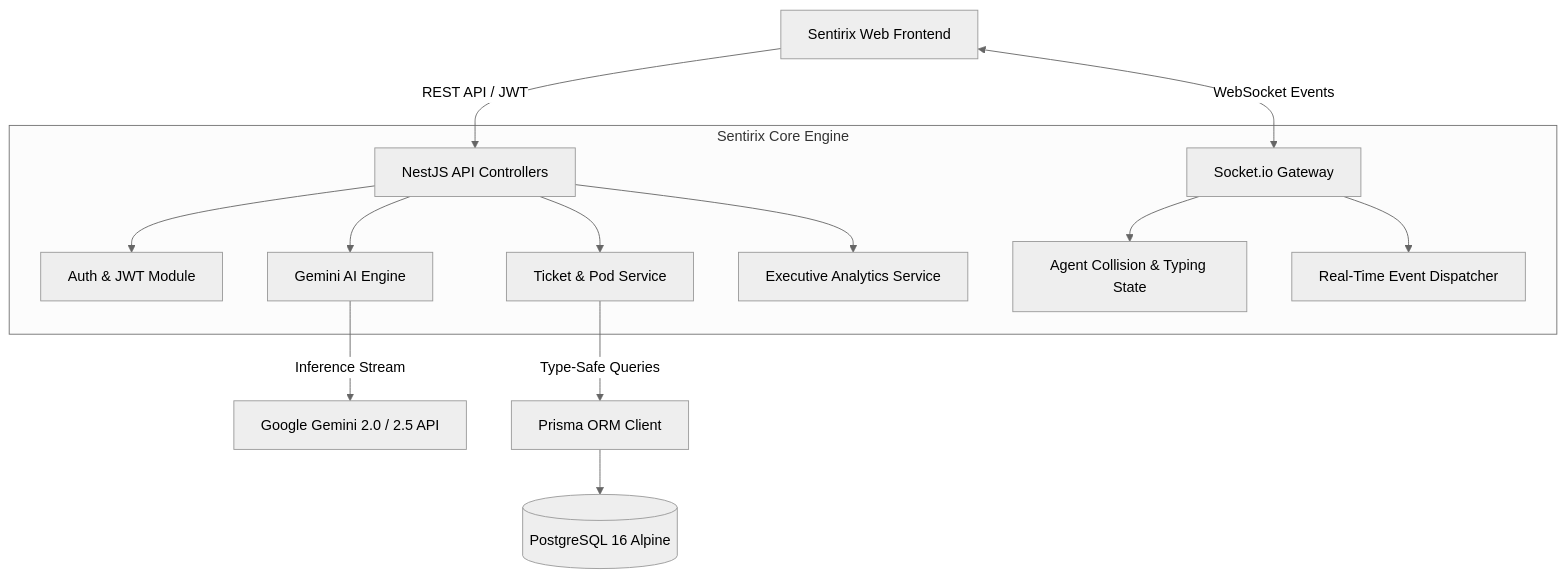
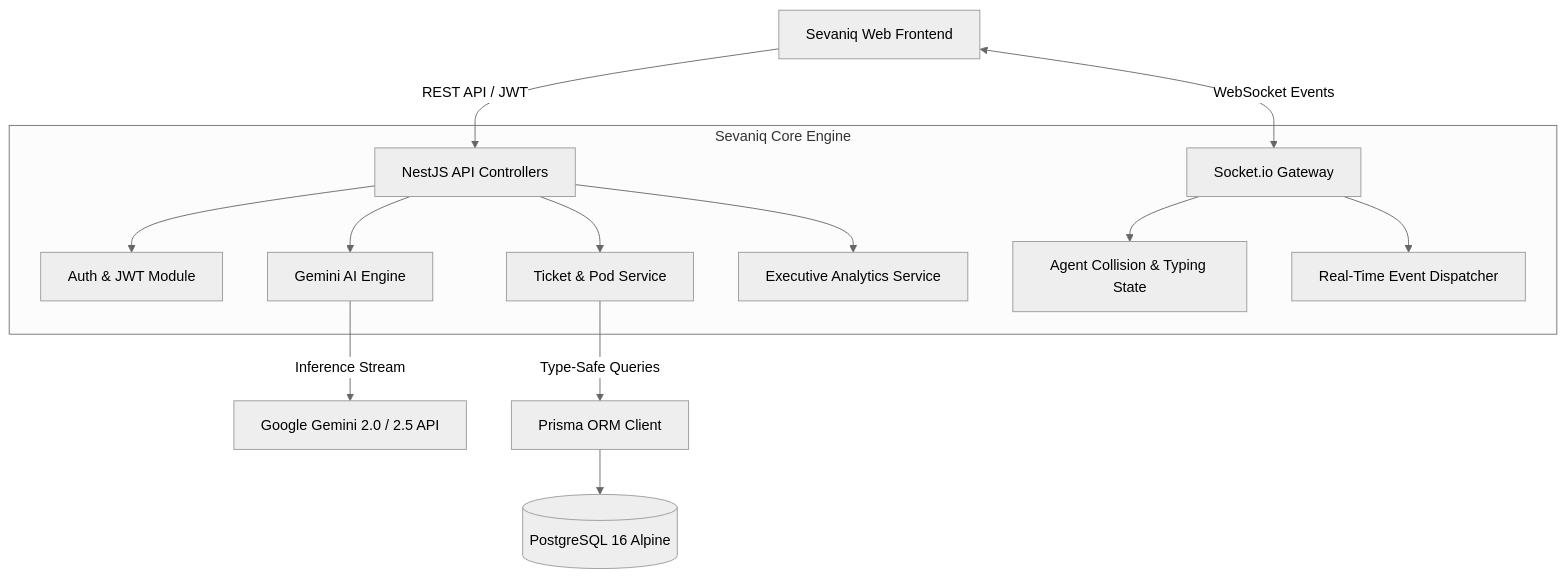
One commit to sentirix-ai/sentirix-core changed the diagram in README.md. Above: the diagram before and after it, drawn with Mermaid (neutral theme). The commit also changed other lines of this file and 40 other files, not shown here.

````diff
--- a/README.md
+++ b/README.md
@@ -34,19 +34,19 @@
 ```mermaid
 flowchart TD
-    Client[Sentirix Web Frontend] -->|REST API / JWT| Gateway[NestJS API Controllers]
+    Client[Sevaniq Web Frontend] -->|REST API / JWT| Gateway[NestJS API Controllers]
     Client <-->|WebSocket Events| SocketGateway[Socket.io Gateway]
     
-    subgraph Core Engine [Sentirix Core Engine]
+    subgraph Core Engine [Sevaniq Core Engine]
         Gateway --> AuthMod[Auth & JWT Module]
         Gateway --> TicketMod[Ticket & Pod Service]
         Gateway --> AIMod[Gemini AI Engine]
         Gateway --> AnalyticsMod[Executive Analytics Service]
         
         SocketGateway --> CollisionDetect[Agent Collision & Typing State]
         SocketGateway --> EventBroadcast[Real-Time Event Dispatcher]
     end
 
     AIMod -->|Inference Stream| Gemini[Google Gemini 2.0 / 2.5 API]
     TicketMod -->|Type-Safe Queries| Prisma[Prisma ORM Client]
     Prisma --> Postgres[(PostgreSQL 16 Alpine)]
 ```
````
